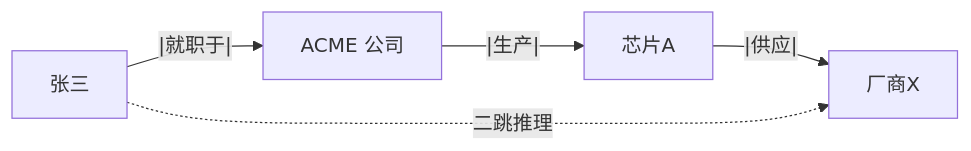
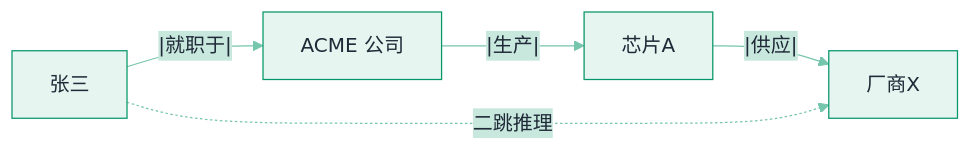
One commit to funny8kids/ai-agent-handbook changed the diagram in docs/06-memory-rag/knowledge-graph.md. Above: the diagram before and after it, drawn with Mermaid. The commit also changed 144 other files, not shown here.

First line of the commit message:
Theme all 154 Mermaid diagrams with per-chapter colors via %%{init}%% directives

````diff
--- a/docs/06-memory-rag/knowledge-graph.md
+++ b/docs/06-memory-rag/knowledge-graph.md
@@ -77,7 +77,8 @@
 ```mermaid
+%%{init: {"theme":"base","themeVariables":{"primaryColor":"#E6F5F0","primaryBorderColor":"#059669","primaryTextColor":"#1F2937","secondaryColor":"#C8E8DE","tertiaryColor":"#F5FBF9","lineColor":"#76C5AD","actorBkg":"#EBF7F3","actorBorder":"#059669","actorTextColor":"#1F2937","signalColor":"#50B696","noteBkgColor":"#D2ECE4","noteBorderColor":"#059669","noteTextColor":"#1F2937","labelBoxBkgColor":"#E6F5F0","labelBoxBorderColor":"#059669"}}}%%
 flowchart LR
   A[张三] --|就职于|--> B[ACME 公司]
   B --|生产|--> C[芯片A]
   C --|供应|--> D[厂商X]
   A -.二跳推理.-> D
 ```
````
